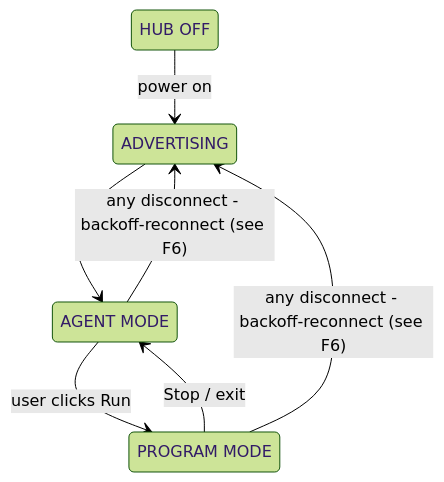
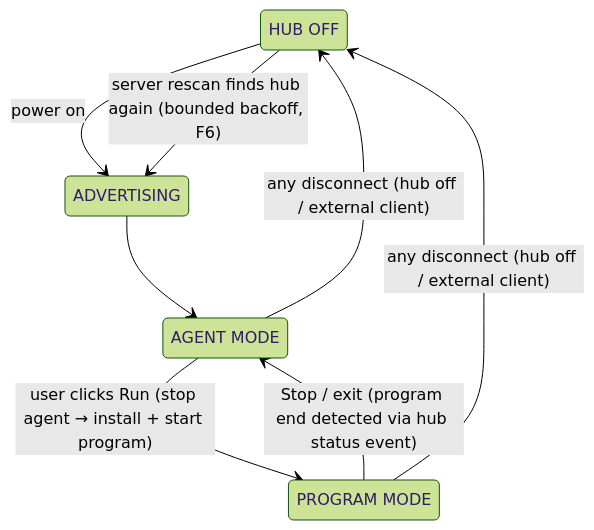
Before and after one commit to peara/brick-console: the diagram in docs/brd.md, drawn with Mermaid (forest theme). The commit also changed other lines of this file and 8 other files, not shown here.

````diff
--- a/docs/brd.md
+++ b/docs/brd.md
@@ -49,14 +49,15 @@
 ```mermaid
 stateDiagram-v2
     state "HUB OFF" as Off
     state "ADVERTISING" as Adv
     state "AGENT MODE" as Agent
     state "PROGRAM MODE" as Prog
 
     Off --> Adv: power on
     Adv --> Agent
-    Agent --> Prog: user clicks Run
-    Prog --> Agent: Stop / exit
-    Agent --> Adv: any disconnect - backoff-reconnect (see F6)
-    Prog --> Adv: any disconnect - backoff-reconnect (see F6)
+    Agent --> Prog: user clicks Run (stop agent → install + start program)
+    Prog --> Agent: Stop / exit (program end detected via hub status event)
+    Agent --> Off: any disconnect (hub off / external client)
+    Prog --> Off: any disconnect (hub off / external client)
+    Off --> Adv: server rescan finds hub again (bounded backoff, F6)
 ```
````
